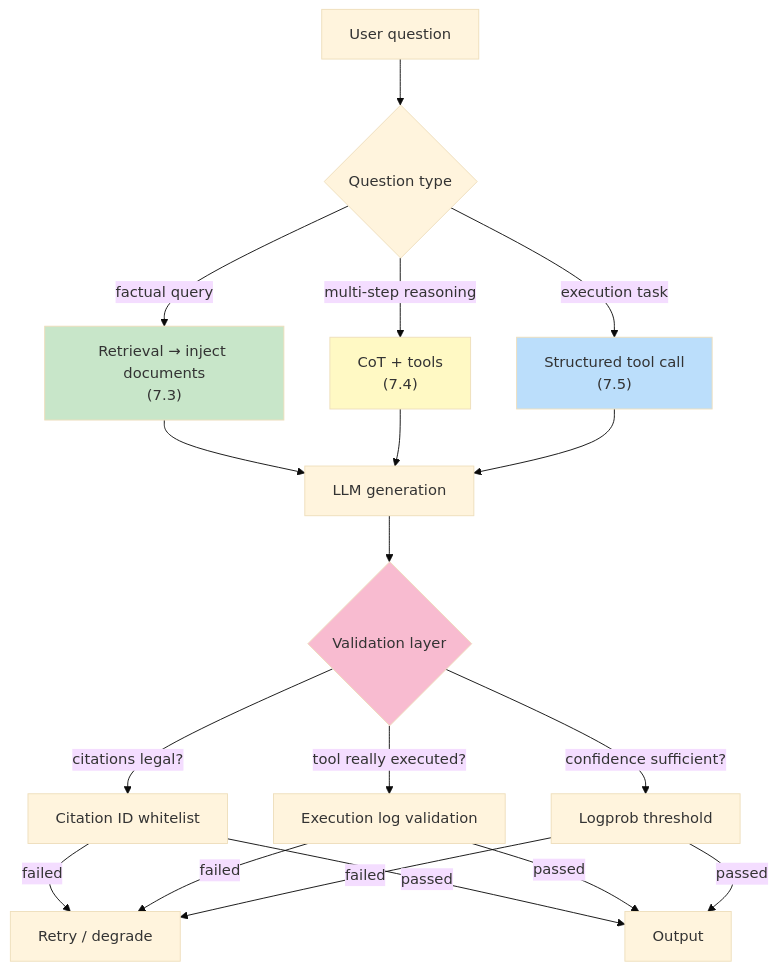
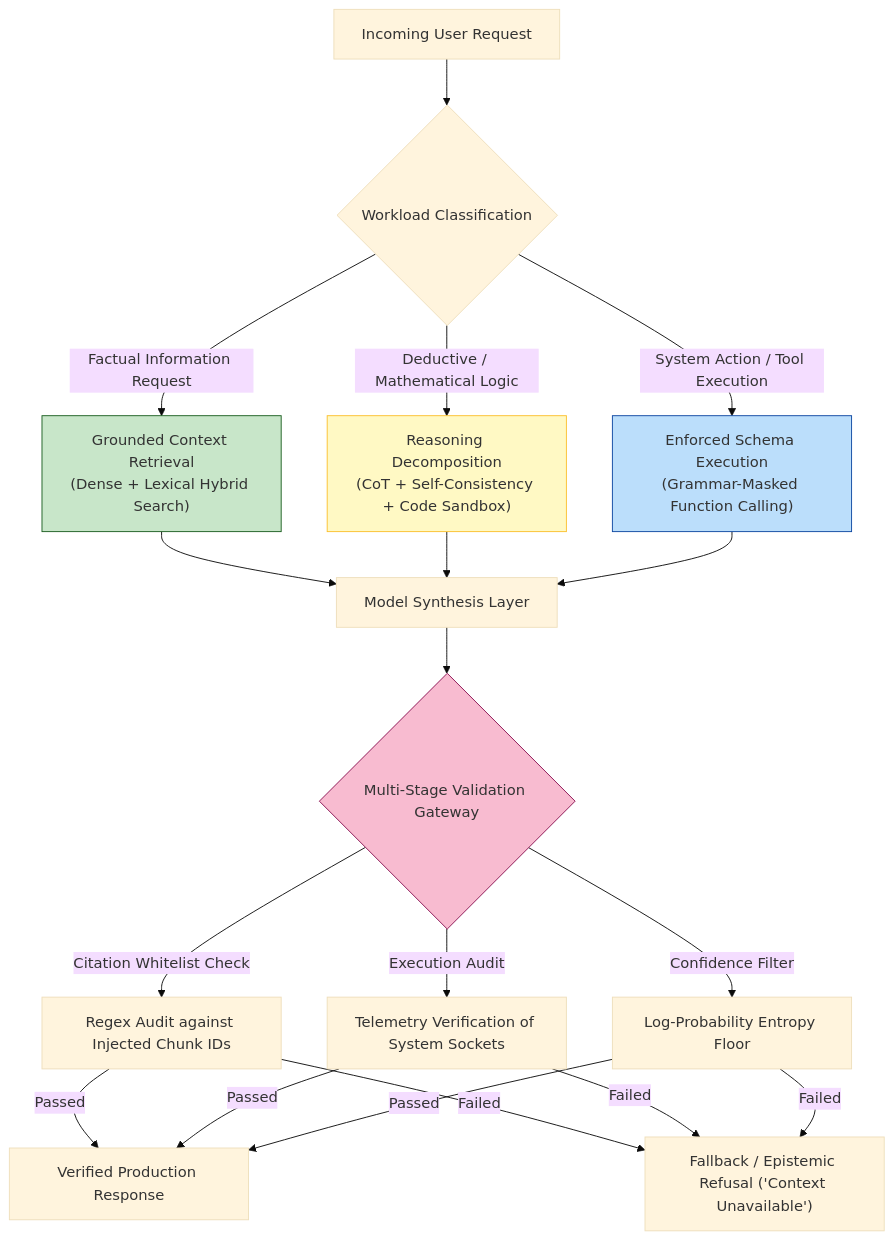
One commit to yingwang/thinking-in-llm changed the sixth of 7 diagrams in en/chapters/07-hallucination.md. Above: the diagram before and after it, drawn with Mermaid (base theme). The commit also changed other lines of this file and 31 other files, not shown here.

````diff
--- a/en/chapters/07-hallucination.md
+++ b/en/chapters/07-hallucination.md
@@ -580,30 +438,31 @@
 ```mermaid
 flowchart TD
-    Q["User question"] --> Type{"Question type"}
+    UserQuery["Incoming User Request"] --> Classifier{"Workload Classification"}
 
-    Type -->|factual query| RAG["Retrieval → inject documents<br>(7.3)"]
-    Type -->|multi-step reasoning| CoT["CoT + tools<br>(7.4)"]
-    Type -->|execution task| Tool["Structured tool call<br>(7.5)"]
+    Classifier -->|Factual Information Request| RAGPipeline["Grounded Context Retrieval<br/>(Dense + Lexical Hybrid Search)"]
+    Classifier -->|Deductive / Mathematical Logic| Scaffolding["Reasoning Decomposition<br/>(CoT + Self-Consistency + Code Sandbox)"]
+    Classifier -->|System Action / Tool Execution| ToolEngine["Enforced Schema Execution<br/>(Grammar-Masked Function Calling)"]
 
-    RAG --> G["LLM generation"]
-    CoT --> G
-    Tool --> G
+    RAGPipeline --> LLMSynthesis["Model Synthesis Layer"]
+    Scaffolding --> LLMSynthesis
+    ToolEngine --> LLMSynthesis
 
-    G --> V{"Validation layer"}
-    V -->|"citations legal?"| C["Citation ID whitelist"]
-    V -->|"tool really executed?"| L["Execution log validation"]
-    V -->|"confidence sufficient?"| LP["Logprob threshold"]
+    LLMSynthesis --> ValidationGateway{"Multi-Stage Validation Gateway"}
 
-    C -->|failed| Retry["Retry / degrade"]
-    L -->|failed| Retry
-    LP -->|failed| Retry
+    ValidationGateway -->|"Citation Whitelist Check"| V1["Regex Audit against Injected Chunk IDs"]
+    ValidationGateway -->|"Execution Audit"| V2["Telemetry Verification of System Sockets"]
+    ValidationGateway -->|"Confidence Filter"| V3["Log-Probability Entropy Floor"]
 
-    C -->|passed| Out["Output"]
-    L -->|passed| Out
-    LP -->|passed| Out
+    V1 -->|Passed| SafeOutput["Verified Production Response"]
+    V2 -->|Passed| SafeOutput
+    V3 -->|Passed| SafeOutput
 
-    style RAG fill:#c8e6c9
-    style CoT fill:#fff9c4
-    style Tool fill:#bbdefb
-    style V fill:#f8bbd0
+    V1 -->|Failed| Remediation["Fallback / Epistemic Refusal ('Context Unavailable')"]
+    V2 -->|Failed| Remediation
+    V3 -->|Failed| Remediation
+
+    style RAGPipeline fill:#c8e6c9,stroke:#1b5e20
+    style Scaffolding fill:#fff9c4,stroke:#fbc02d
+    style ToolEngine fill:#bbdefb,stroke:#0d47a1
+    style ValidationGateway fill:#f8bbd0,stroke:#880e4f
 ```
````
